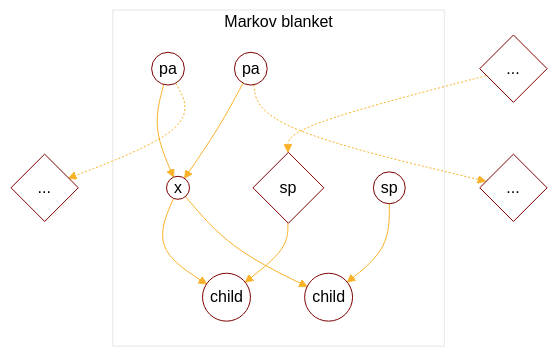
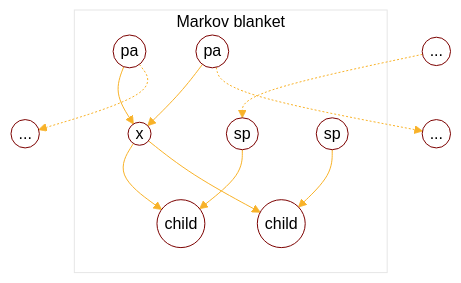
The fifth of 6 diagrams in content/posts/probabilistic-graphical-model.md (tirmisula/tirmisula.github.io), drawn with Mermaid before and after one commit. The commit also changed other lines of this file, not shown here.

````diff
--- a/content/posts/probabilistic-graphical-model.md
+++ b/content/posts/probabilistic-graphical-model.md
@@ -418,27 +418,27 @@
 ```mermaid
 %%{
   init: {
     'theme': 'base',
     'themeVariables': {
       'primaryColor': 'white',
       'primaryTextColor': '#000',
       'primaryBorderColor': '#7C0200',
       'lineColor': '#F8B229',
       'secondaryColor': 'red',
       'tertiaryColor': '#fff'
     }
   }
 }%%
 flowchart TB
     subgraph Markov blanket
       id1((pa)) --> id3((x))
       id2((pa)) --> id3((x))
       id3((x)) --> id4((child))
       id3((x)) --> id5((child))
       id6((sp)) --> id4((child))
       id7((sp)) --> id5((child))
     end
-    id1((pa)) -.-> id8{...}
-    id2((pa)) -.-> id9{...}
-    id10{...} -.-> id6{sp}
+    id1((pa)) -.-> id8((...))
+    id2((pa)) -.-> id9((...))
+    id10((...)) -.-> id6((sp))
 ```
````
